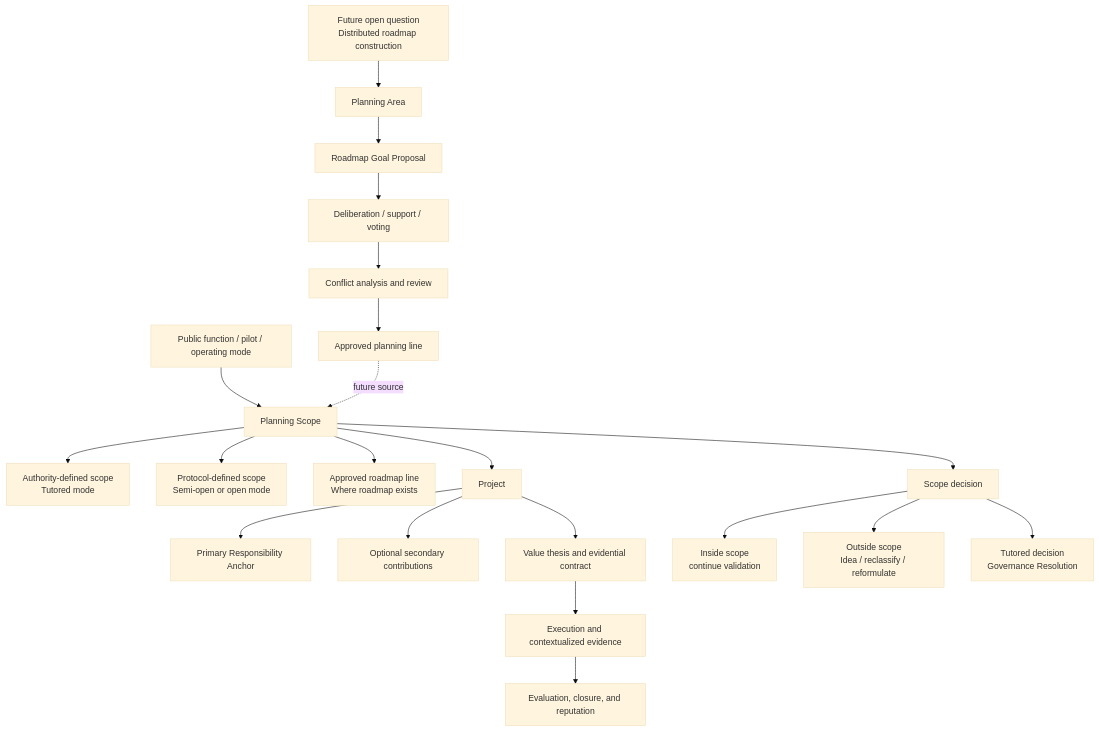
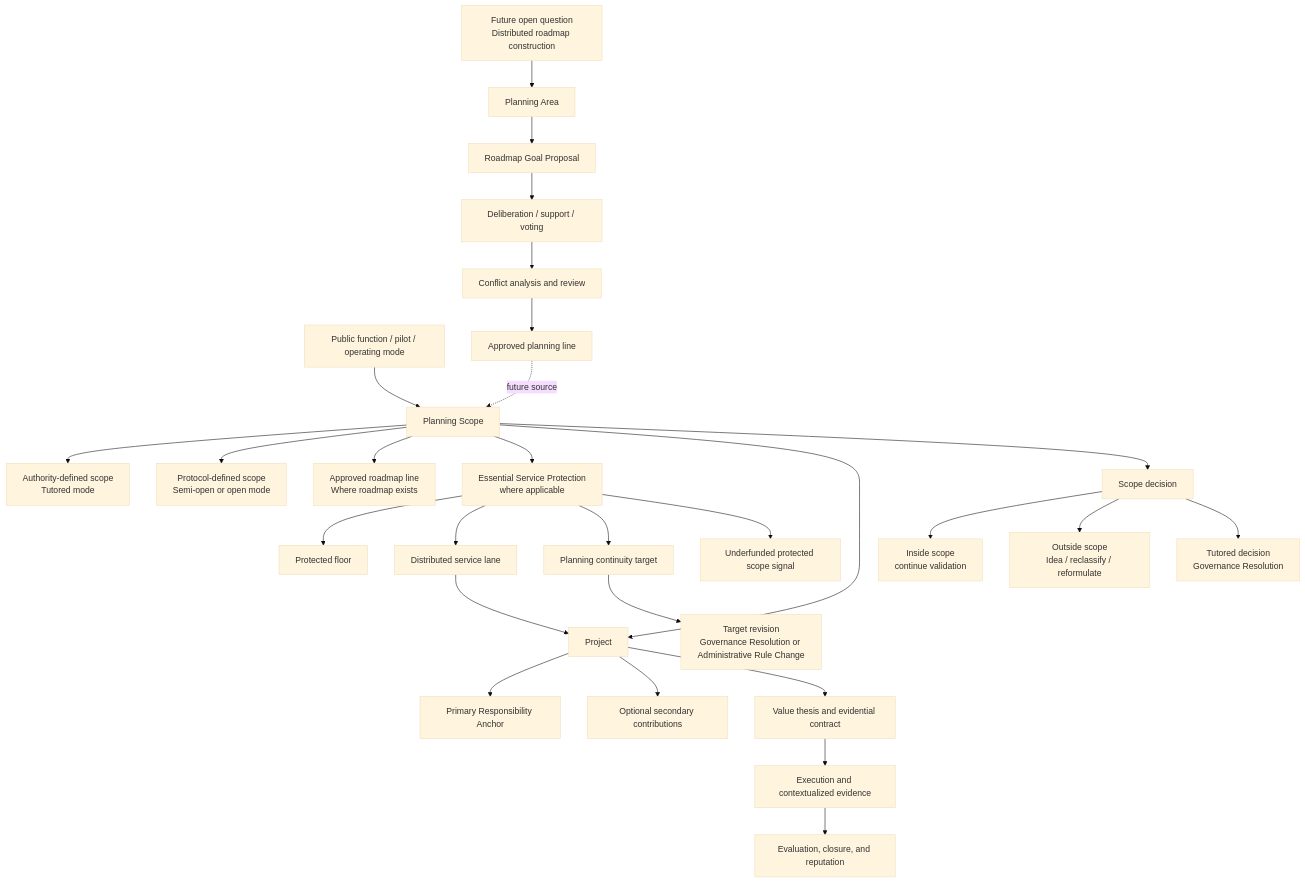
The diagram in docs/diagrams/distributed-planning-architecture-v1.md (moffermann/distributed-governance-research), drawn with Mermaid (base theme) before and after one commit. The commit also changed other lines of this file and 37 other files, not shown here.

First line of the commit message:
Propagate A005 essential service protection

````diff
--- a/docs/diagrams/distributed-planning-architecture-v1.md
+++ b/docs/diagrams/distributed-planning-architecture-v1.md
@@ -5,26 +5,33 @@
 ```mermaid
 flowchart TD
     A[Public function / pilot / operating mode] --> B[Planning Scope]
     B --> B1[Authority-defined scope<br/>Tutored mode]
     B --> B2[Protocol-defined scope<br/>Semi-open or open mode]
     B --> B3[Approved roadmap line<br/>Where roadmap exists]
+    B --> ESP[Essential Service Protection<br/>where applicable]
+    ESP --> PF[Protected floor]
+    ESP --> DL[Distributed service lane]
+    ESP --> CT[Planning continuity target]
+    ESP --> UF[Underfunded protected scope signal]
 
+    DL --> P[Project]
     B --> P[Project]
     P --> R1[Primary Responsibility Anchor]
     P --> R2[Optional secondary contributions]
     P --> V[Value thesis and evidential contract]
     V --> E[Execution and contextualized evidence]
     E --> F[Evaluation, closure, and reputation]
 
     B --> S[Scope decision]
     S --> S1[Inside scope<br/>continue validation]
     S --> S2[Outside scope<br/>Idea / reclassify / reformulate]
     S --> S3[Tutored decision<br/>Governance Resolution]
+    CT --> RC[Target revision<br/>Governance Resolution or Administrative Rule Change]
 
     OQ[Future open question<br/>Distributed roadmap construction] --> PA[Planning Area]
     PA --> GP[Roadmap Goal Proposal]
     GP --> D[Deliberation / support / voting]
     D --> CA[Conflict analysis and review]
     CA --> AL[Approved planning line]
     AL -. future source .-> B
 ```
````
